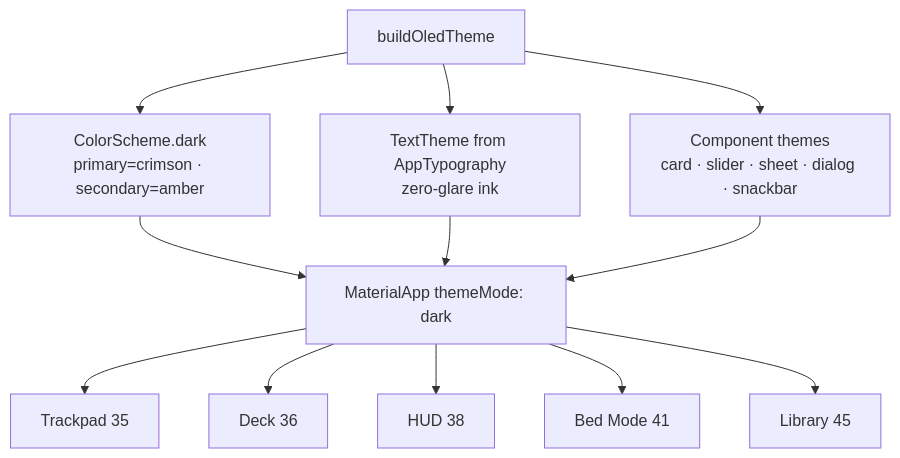
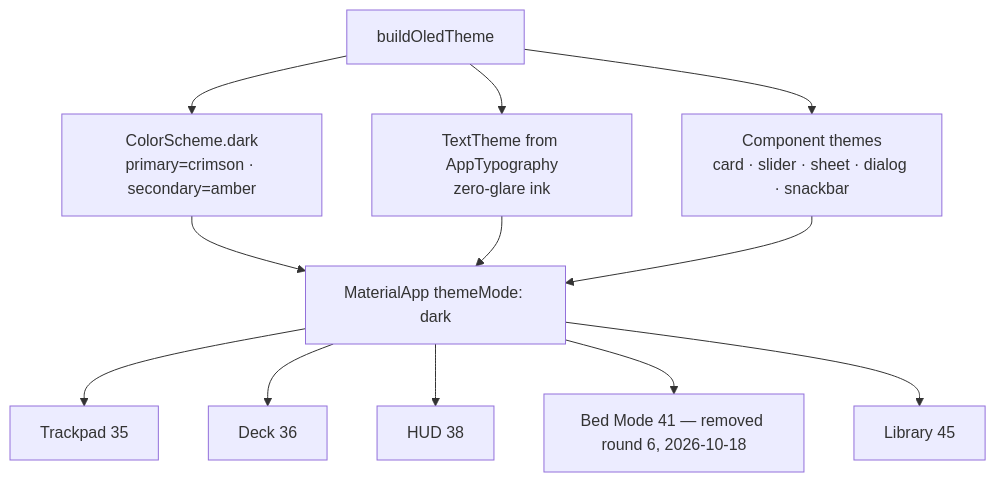
Before and after one commit to dananjayahbi/PotPilot: the diagram in plan-series/29_flutter_oled_theme_design_system.md, drawn with Mermaid. The commit also changed other lines of this file and 42 other files, not shown here.

````diff
--- a/plan-series/29_flutter_oled_theme_design_system.md
+++ b/plan-series/29_flutter_oled_theme_design_system.md
@@ -78,8 +78,8 @@
 ```mermaid
 flowchart TD
   T[buildOledTheme] --> CS[ColorScheme.dark<br/>primary=crimson · secondary=amber]
   T --> TT[TextTheme from AppTypography<br/>zero-glare ink]
   T --> TH[Component themes<br/>card · slider · sheet · dialog · snackbar]
   CS & TT & TH --> M[MaterialApp themeMode: dark]
-  M --> S1[Trackpad 35] & S2[Deck 36] & S3[HUD 38] & S4[Bed Mode 41] & S5[Library 45]
+  M --> S1[Trackpad 35] & S2[Deck 36] & S3[HUD 38] & S4[Bed Mode 41 — removed round 6, 2026-10-18] & S5[Library 45]
 ```
````
